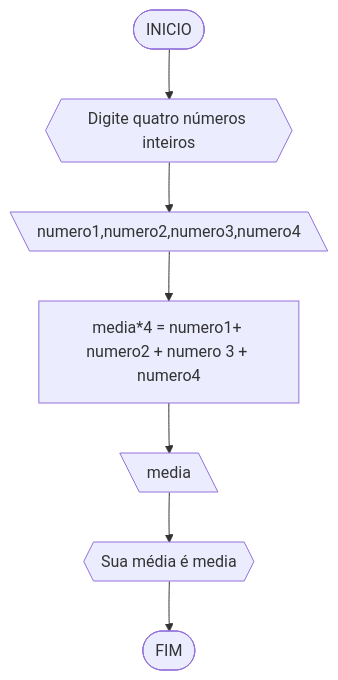
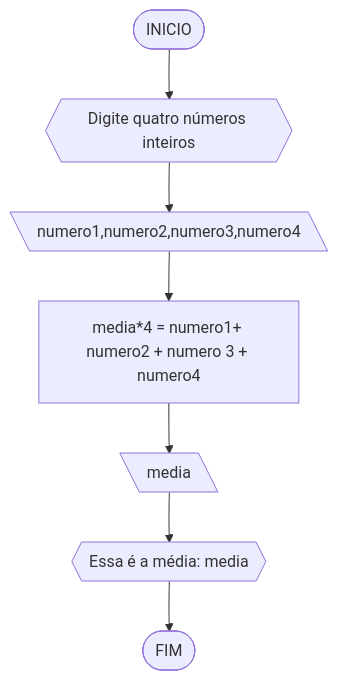
One commit to MozillaFirefox/UNIFOR changed the sixth of 22 diagrams in codigos.md. Above: the diagram before and after it, drawn with Mermaid. The commit also changed other lines of this file, not shown here.

````diff
--- a/codigos.md
+++ b/codigos.md
@@ -271,9 +271,9 @@
 ```mermaid
 flowchart TD
 A([INICIO]) --> B{{Digite quatro números inteiros}}
 B-->C[\numero1,numero2,numero3,numero4\]
 C-->D[media*4 = numero1+ numero2 + numero 3 + numero4]
 D-->E[\media\]
-E-->F{{"Sua média é" media}}
+E-->F{{"Essa é a média:" media}}
 F-->G([FIM])
 ```
````
